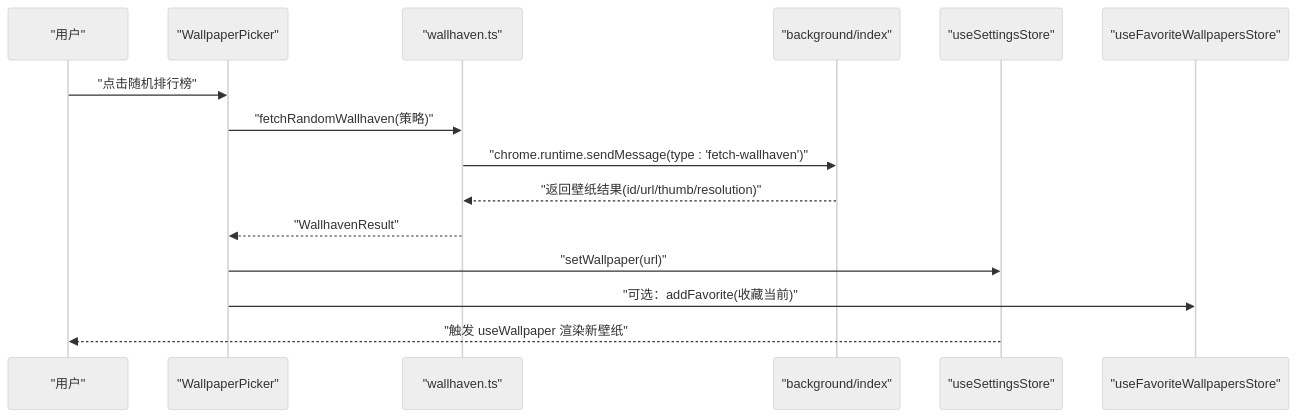
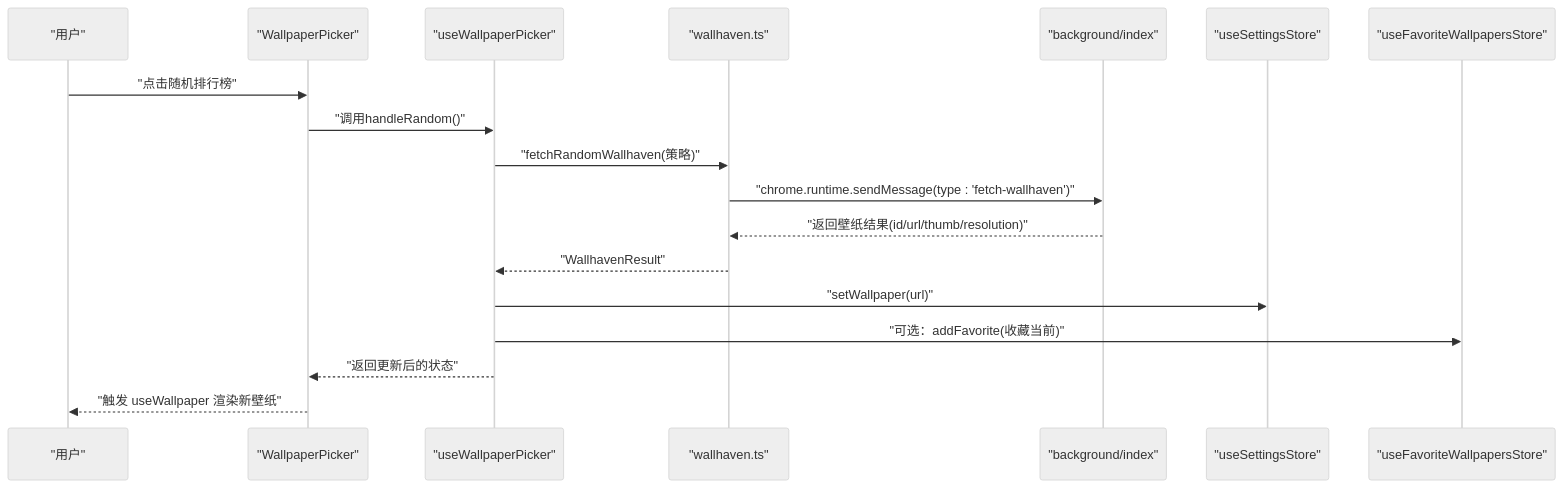
The second of 6 diagrams in .qoder/repowiki/zh/content/设置与配置系统/壁纸配置模块.md (Zy0913/xtab), drawn with Mermaid (neutral theme) before and after one commit. The commit also changed other lines of this file and 15 other files, not shown here.

````diff
--- a/.qoder/repowiki/zh/content/设置与配置系统/壁纸配置模块.md
+++ b/.qoder/repowiki/zh/content/设置与配置系统/壁纸配置模块.md
@@ -148,17 +171,20 @@
 ```mermaid
 sequenceDiagram
 participant U as "用户"
 participant WP as "WallpaperPicker"
+participant UP as "useWallpaperPicker"
 participant WH as "wallhaven.ts"
 participant BG as "background/index"
 participant S as "useSettingsStore"
 participant F as "useFavoriteWallpapersStore"
 U->>WP : "点击随机排行榜"
-WP->>WH : "fetchRandomWallhaven(策略)"
+WP->>UP : "调用handleRandom()"
+UP->>WH : "fetchRandomWallhaven(策略)"
 WH->>BG : "chrome.runtime.sendMessage(type : 'fetch-wallhaven')"
 BG-->>WH : "返回壁纸结果(id/url/thumb/resolution)"
-WH-->>WP : "WallhavenResult"
-WP->>S : "setWallpaper(url)"
-WP->>F : "可选：addFavorite(收藏当前)"
-S-->>U : "触发 useWallpaper 渲染新壁纸"
+WH-->>UP : "WallhavenResult"
+UP->>S : "setWallpaper(url)"
+UP->>F : "可选：addFavorite(收藏当前)"
+UP-->>WP : "返回更新后的状态"
+WP-->>U : "触发 useWallpaper 渲染新壁纸"
 ```
````
